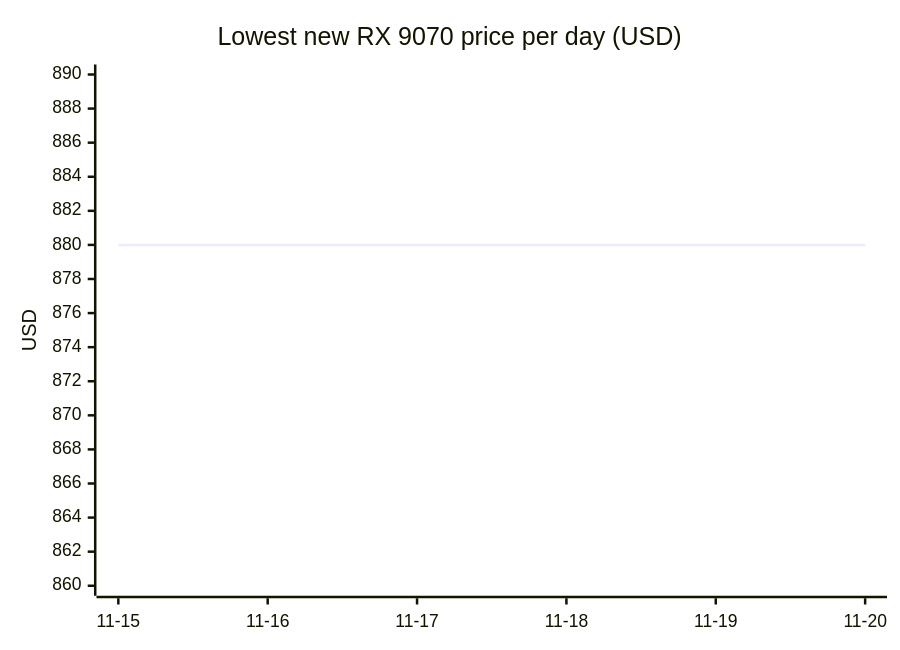
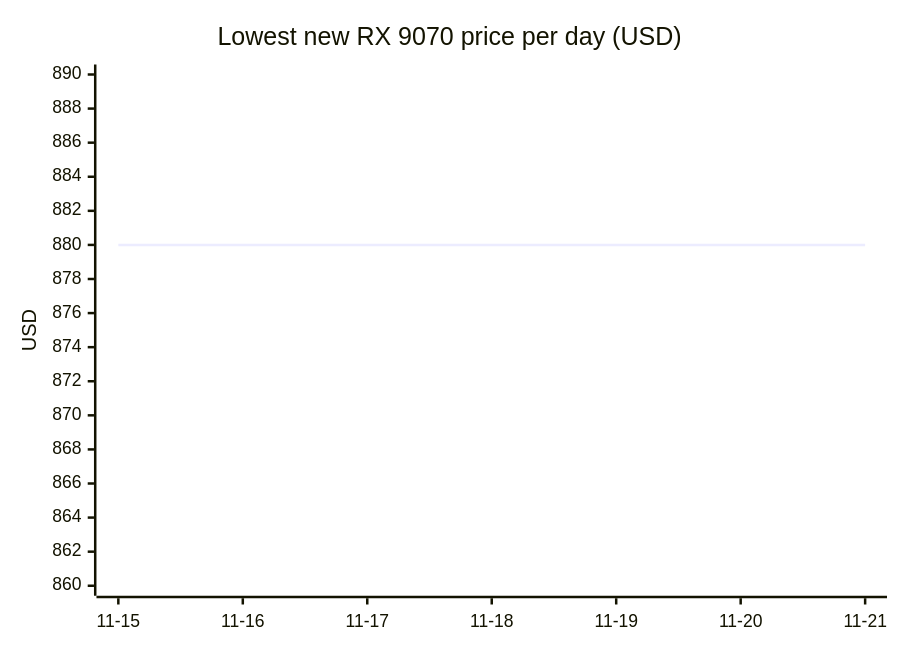
One commit to 7324136828/4tb_ssd_price_watch changed diagram 12 of 18 in README.md. Above: the diagram before and after it, drawn with Mermaid. The commit also changed other lines of this file, not shown here.

````diff
--- a/README.md
+++ b/README.md
@@ -1006,7 +1059,7 @@
 ```mermaid
 xychart-beta
     title "Lowest new RX 9070 price per day (USD)"
-    x-axis ["11-15", "11-16", "11-17", "11-18", "11-19", "11-20"]
+    x-axis ["11-15", "11-16", "11-17", "11-18", "11-19", "11-20", "11-21"]
     y-axis "USD" 860 --> 890
-    line [879.99, 879.99, 879.99, 879.99, 879.99, 879.99]
+    line [879.99, 879.99, 879.99, 879.99, 879.99, 879.99, 879.99]
 ```
````
